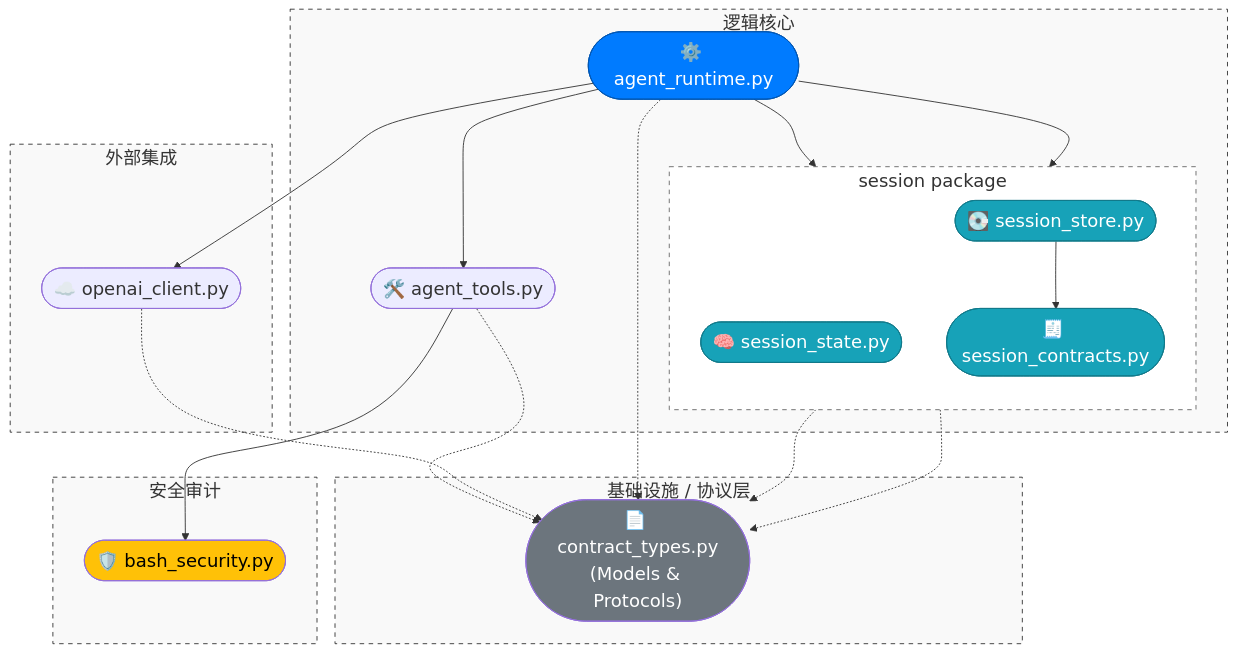
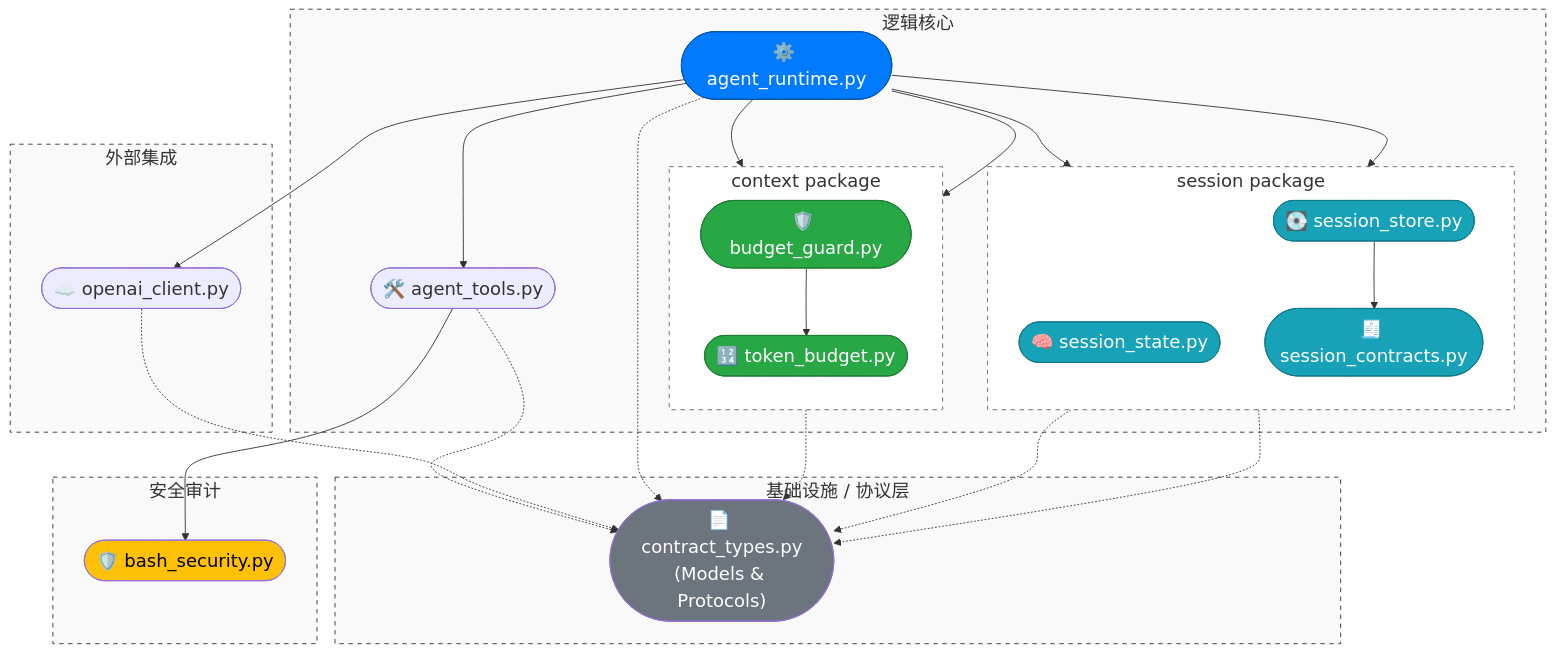
The diagram in docs/Architecture.md (WenXingming/ClawCodeAgent), drawn with Mermaid before and after one commit. The commit also changed other lines of this file and 4 other files, not shown here.

````diff
--- a/docs/Architecture.md
+++ b/docs/Architecture.md
@@ -52,6 +52,12 @@
             n_session_store(["💽 session_store.py"])
         end
 
+        subgraph ContextPkg [context package]
+            direction TB
+            n_token_budget(["🔢 token_budget.py"])
+            n_budget_guard(["🛡️ budget_guard.py"])
+        end
+
         style Core fill:#f9f9f9,stroke:#333,stroke-dasharray: 5 5
     end
 
@@ -61,6 +67,9 @@
     n_session_store --> n_session_contracts
     n_runtime --> n_tools
     n_runtime --> n_openai
+    n_runtime --> n_budget_guard
+    n_runtime --> n_token_budget
+    n_budget_guard --> n_token_budget
     
     n_tools --> n_bash_security
     
@@ -70,6 +79,7 @@
     n_tools -.-> n_contract
     n_openai -.-> n_contract
     n_runtime -.-> n_contract
+    n_budget_guard -.-> n_contract
 
     %% 自定义节点颜色 (继承你原有的配色)
     style n_runtime fill:#007bff,color:#fff,stroke:#0056b3
@@ -79,4 +89,7 @@
     style n_session_state fill:#17a2b8,color:#fff,stroke:#117a8b
     style n_session_contracts fill:#17a2b8,color:#fff,stroke:#117a8b
     style n_session_store fill:#17a2b8,color:#fff,stroke:#117a8b
+    style ContextPkg fill:#ffffff,stroke:#666,stroke-dasharray: 5 5
+    style n_token_budget fill:#28a745,color:#fff,stroke:#1e7e34
+    style n_budget_guard fill:#28a745,color:#fff,stroke:#1e7e34
 ```
````
